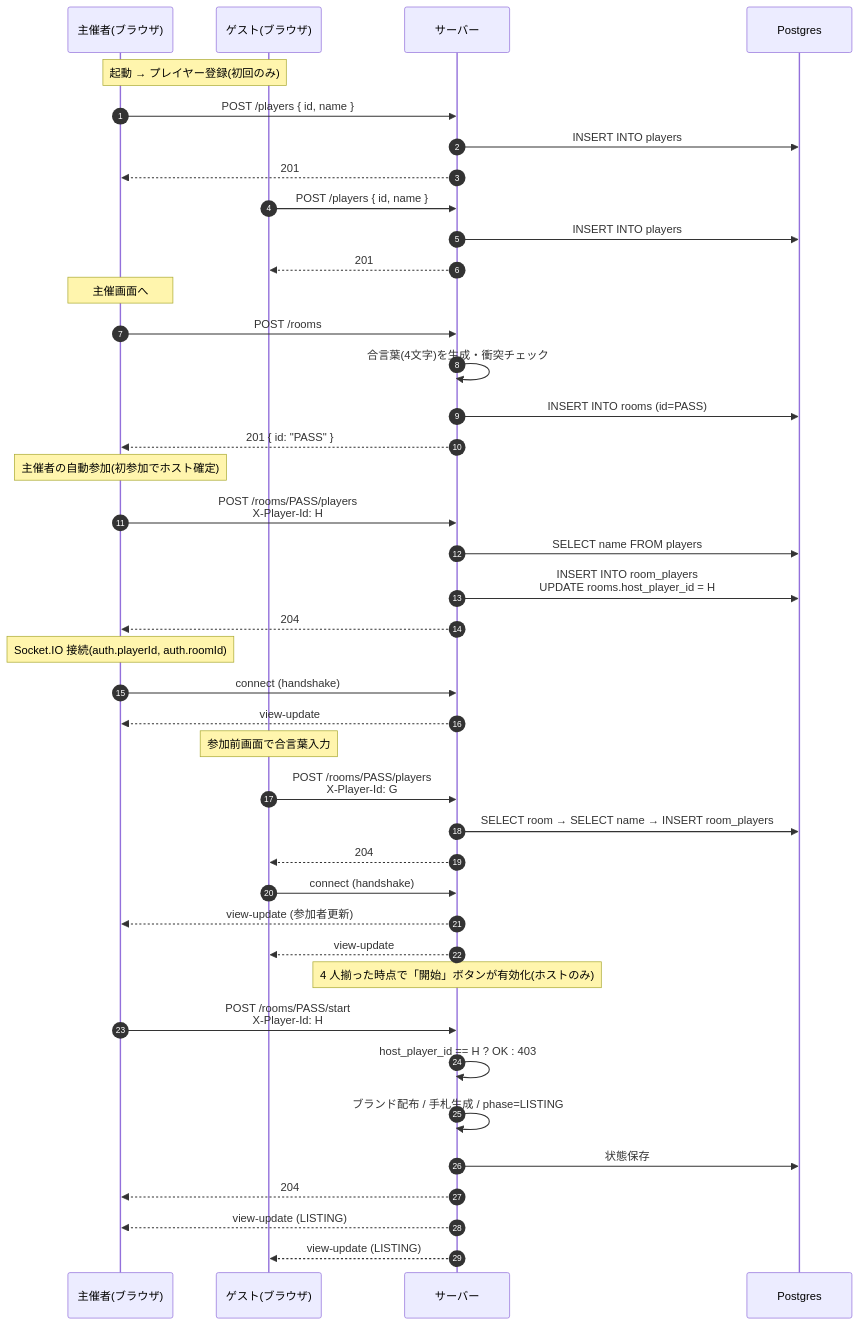
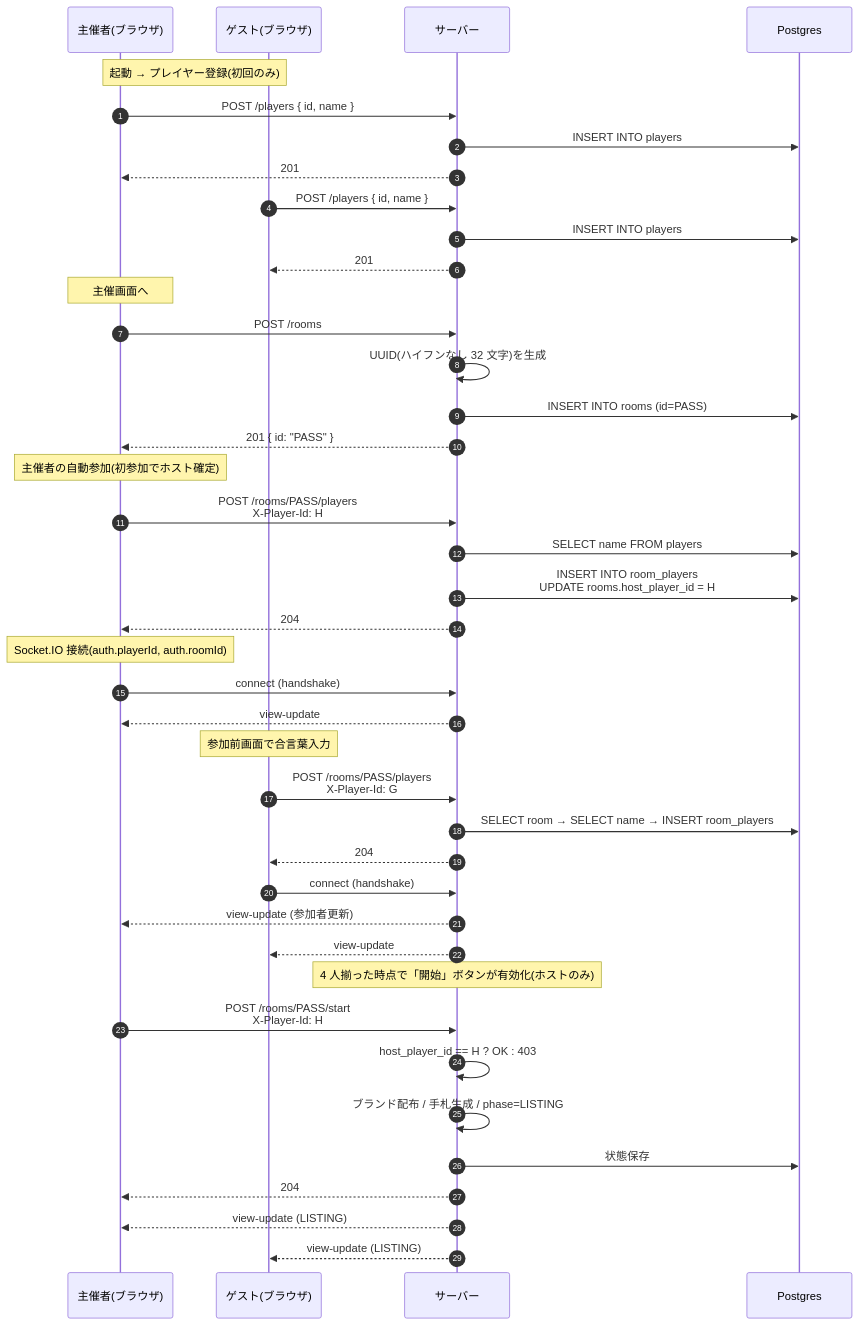
One commit to calm1205/bluff-auction changed the first of 2 diagrams in docs/design/01_sequence.md. Above: the diagram before and after it, drawn with Mermaid.

Commit message:
chore: auto-commit by Claude Code

````diff
--- a/docs/design/01_sequence.md
+++ b/docs/design/01_sequence.md
@@ -9,49 +9,49 @@
 ```mermaid
 sequenceDiagram
     autonumber
     participant H as 主催者(ブラウザ)
     participant G as ゲスト(ブラウザ)
     participant Srv as サーバー
     participant DB as Postgres
 
     Note over H,G: 起動 → プレイヤー登録(初回のみ)
     H->>Srv: POST /players { id, name }
     Srv->>DB: INSERT INTO players
     Srv-->>H: 201
     G->>Srv: POST /players { id, name }
     Srv->>DB: INSERT INTO players
     Srv-->>G: 201
 
     Note over H: 主催画面へ
     H->>Srv: POST /rooms
-    Srv->>Srv: 合言葉(4文字)を生成・衝突チェック
+    Srv->>Srv: UUID(ハイフンなし 32 文字)を生成
     Srv->>DB: INSERT INTO rooms (id=PASS)
     Srv-->>H: 201 { id: "PASS" }
 
     Note over H: 主催者の自動参加(初参加でホスト確定)
     H->>Srv: POST /rooms/PASS/players<br/>X-Player-Id: H
     Srv->>DB: SELECT name FROM players
     Srv->>DB: INSERT INTO room_players<br/>UPDATE rooms.host_player_id = H
     Srv-->>H: 204
 
     Note over H: Socket.IO 接続(auth.playerId, auth.roomId)
     H->>Srv: connect (handshake)
     Srv-->>H: view-update
 
     Note over G: 参加前画面で合言葉入力
     G->>Srv: POST /rooms/PASS/players<br/>X-Player-Id: G
     Srv->>DB: SELECT room → SELECT name → INSERT room_players
     Srv-->>G: 204
     G->>Srv: connect (handshake)
     Srv-->>H: view-update (参加者更新)
     Srv-->>G: view-update
 
     Note over Srv: 4 人揃った時点で「開始」ボタンが有効化(ホストのみ)
     H->>Srv: POST /rooms/PASS/start<br/>X-Player-Id: H
     Srv->>Srv: host_player_id == H ? OK : 403
     Srv->>Srv: ブランド配布 / 手札生成 / phase=LISTING
     Srv->>DB: 状態保存
     Srv-->>H: 204
     Srv-->>H: view-update (LISTING)
     Srv-->>G: view-update (LISTING)
 ```
````
